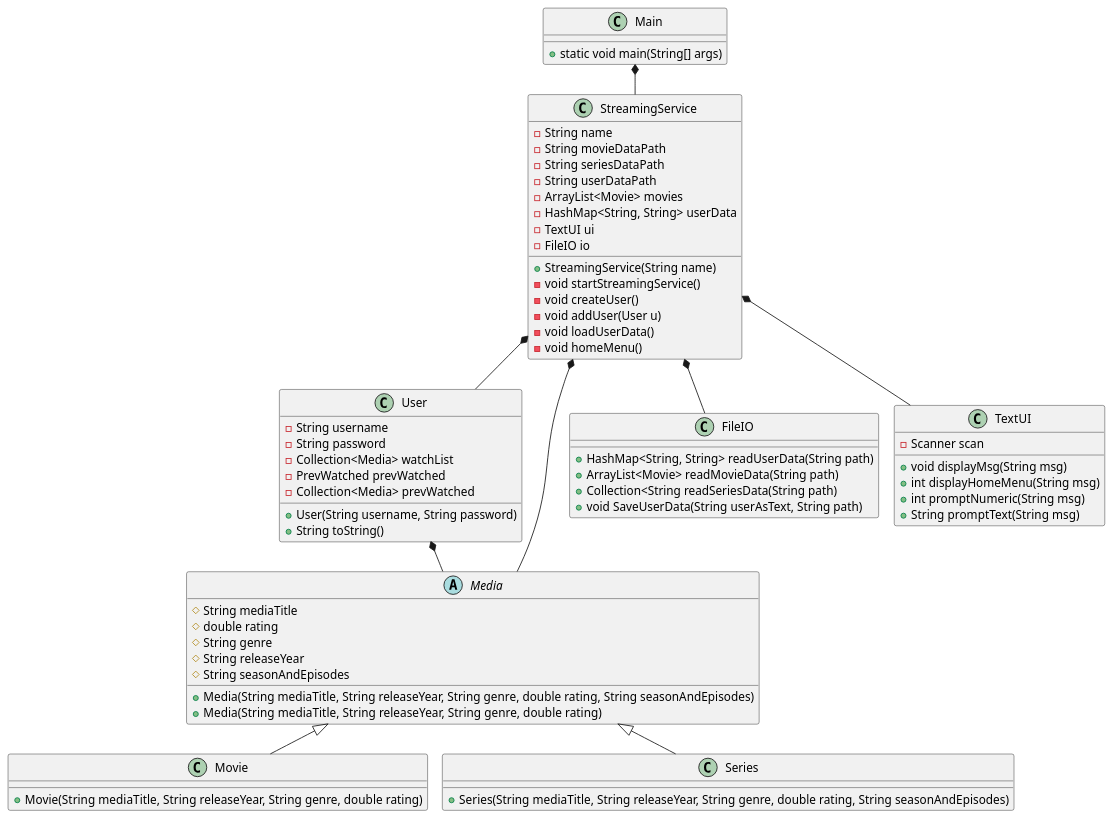
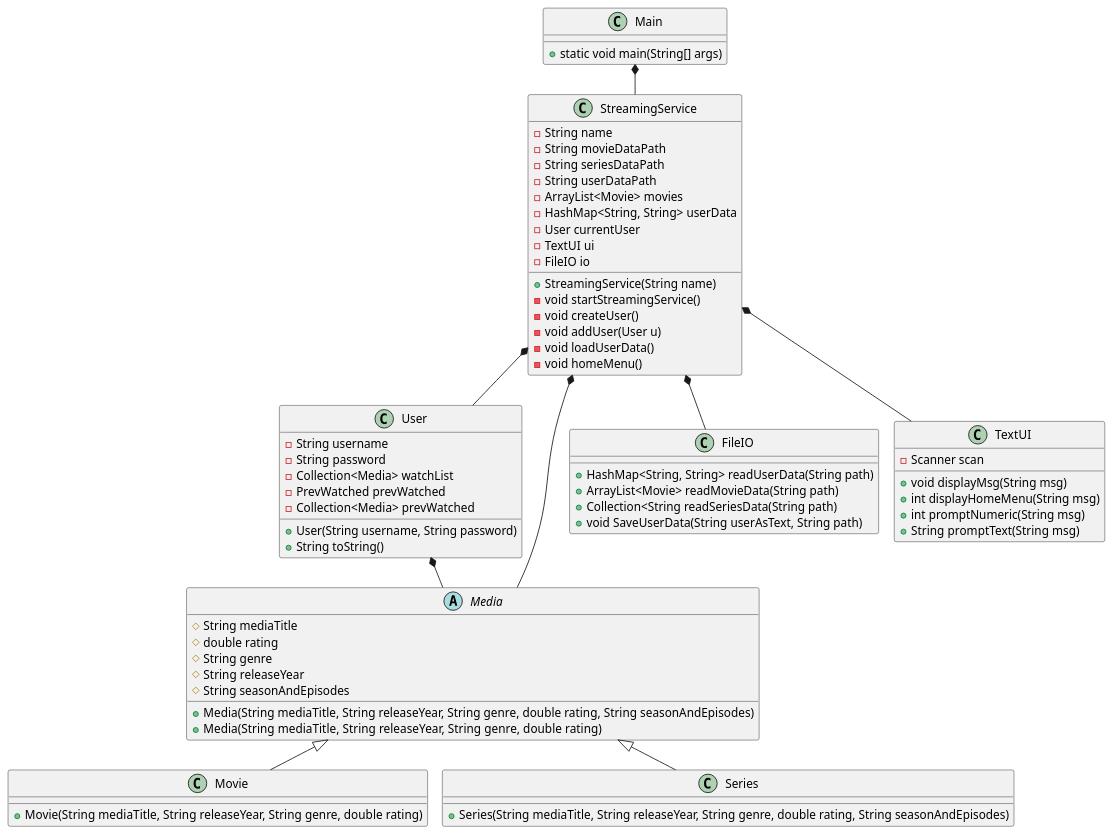
Before and after one commit to EmilDagsberg/SP3: the diagram in doc/classdiagram/classdiagram_v1.puml, drawn with PlantUML. The commit also changed 2 other files, not shown here.

```diff
--- a/doc/classdiagram/classdiagram_v1.puml
+++ b/doc/classdiagram/classdiagram_v1.puml
@@ -1,84 +1,85 @@
 @startuml
 !pragma layout smetana
 
 class Main {
 + static void main(String[] args)
 }
 
 class StreamingService{
 - String name
 - String movieDataPath
 - String seriesDataPath
 - String userDataPath
 - ArrayList<Movie> movies
 - HashMap<String, String> userData
+- User currentUser
 - TextUI ui
 - FileIO io
 + StreamingService(String name)
 - void startStreamingService()
 - void createUser()
 - void addUser(User u)
 - void loadUserData()
 - void homeMenu()
 
 
 }
 
 class User {
 - String username
 - String password
 - Collection<Media> watchList
 - PrevWatched prevWatched
 - Collection<Media> prevWatched
 + User(String username, String password)
 + String toString()
 
 }
 
 
 abstract class Media{
 # String mediaTitle
 # double rating
 # String genre
 # String releaseYear
 # String seasonAndEpisodes
 +Media(String mediaTitle, String releaseYear, String genre, double rating, String seasonAndEpisodes)
 +Media(String mediaTitle, String releaseYear, String genre, double rating)
 }
 
 class Movie{
 + Movie(String mediaTitle, String releaseYear, String genre, double rating)
 'metode der loader liste over film?
 
 }
 
 class Series{
 +Series(String mediaTitle, String releaseYear, String genre, double rating, String seasonAndEpisodes)
 'metode der loader liste over serier?
 }
 
 class FileIO {
 + HashMap<String, String> readUserData(String path)
 + ArrayList<Movie> readMovieData(String path)
 + Collection<String readSeriesData(String path)
 + void SaveUserData(String userAsText, String path)
 }
 
 class TextUI {
 - Scanner scan
 + void displayMsg(String msg)
 + int displayHomeMenu(String msg)
 + int promptNumeric(String msg)
 + String promptText(String msg)
 
 }
 
 Main *-- StreamingService
 StreamingService *-- User
 StreamingService *-- FileIO
 StreamingService *-- TextUI
 Media <|-- Movie
 Media <|-- Series
 StreamingService *-- Media
 User *-- Media
 @enduml
```
